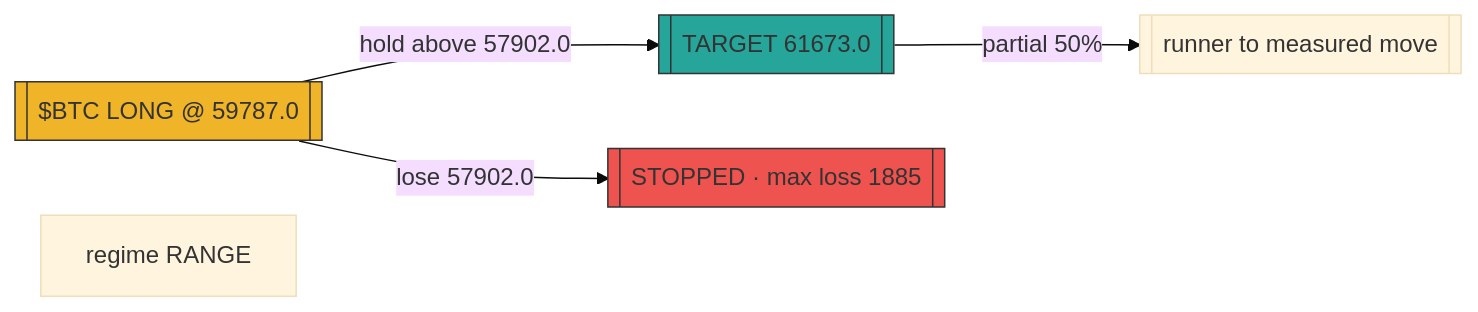
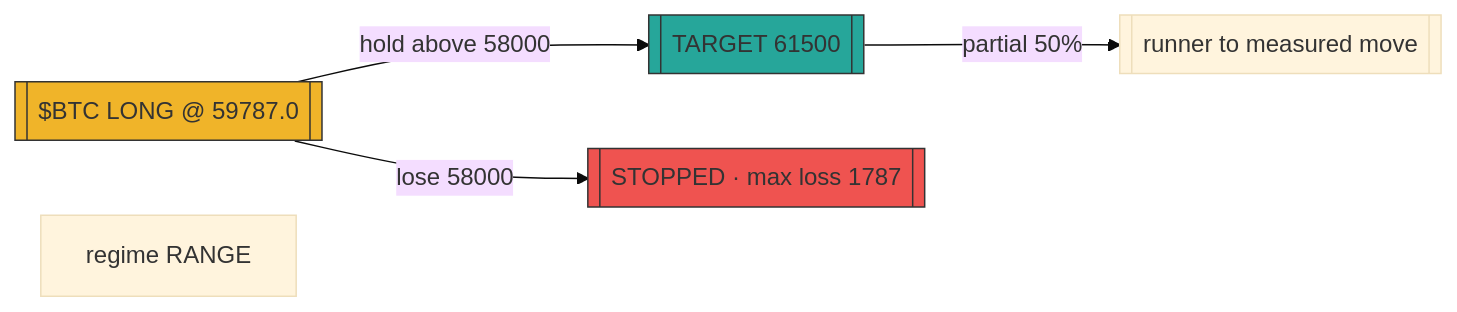
The diagram in astronomer/data/proveout_posts_Timeless_Crypto/2069867176497226231.mmd (prx0r/BEAR), drawn with Mermaid (base theme) before and after one commit. The commit also changed 2030 other files, not shown here.

```diff
--- a/astronomer/data/proveout_posts_Timeless_Crypto/2069867176497226231.mmd
+++ b/astronomer/data/proveout_posts_Timeless_Crypto/2069867176497226231.mmd
@@ -1,9 +1,9 @@
 flowchart LR
     sig[["$BTC LONG @ 59787.0"]]
-    sig -->|"hold above 57902.0"| tgt[["TARGET 61673.0"]]
-    sig -->|"lose 57902.0"| stp[["STOPPED · max loss 1885"]]
+    sig -->|"hold above 58000"| tgt[["TARGET 61500"]]
+    sig -->|"lose 58000"| stp[["STOPPED · max loss 1787"]]
     tgt -->|"partial 50%"| t2[["runner to measured move"]]
     style sig fill:#f0b429,stroke:#333
     style tgt fill:#26a69a,stroke:#333
     style stp fill:#ef5350,stroke:#333
     sub["regime RANGE" ]
```
